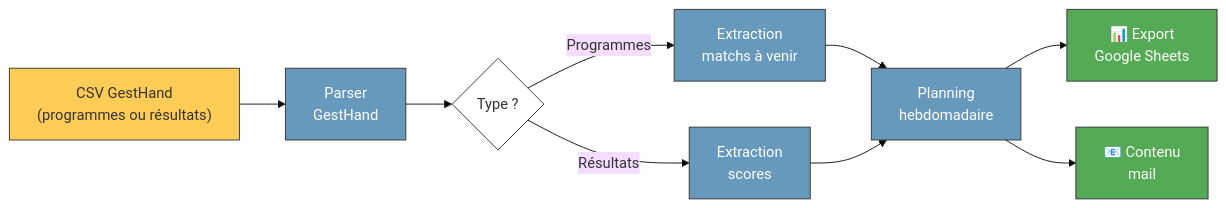
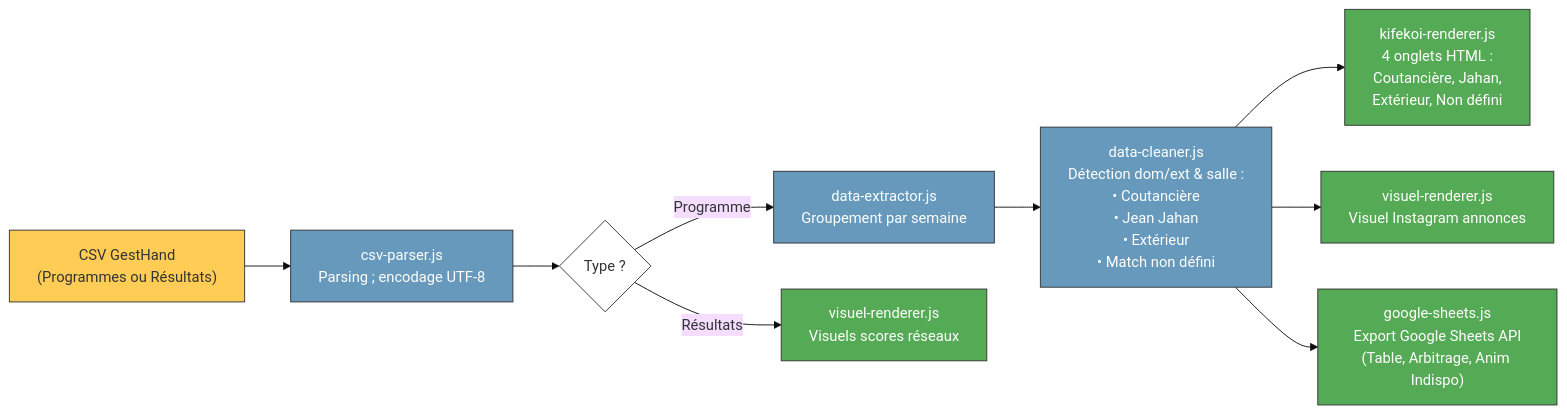
The third of 3 diagrams in docs/architecture.md (padewitte/super-chapelaine), drawn with Mermaid (base theme) before and after one commit. The commit also changed other lines of this file and 4 other files, not shown here.

First line of the commit message:
docs(architecture): correction de l'arborescence, alignement makefile et session

````diff
--- a/docs/architecture.md
+++ b/docs/architecture.md
@@ -73,25 +75,26 @@
 ```mermaid
 flowchart LR
-    CSV_GH["CSV GestHand<br/>(programmes ou résultats)"]
+    CSV_GH["CSV GestHand<br/>(Programmes ou Résultats)"]
 
-    CSV_GH --> PARSER["Parser<br/>GestHand"]
+    CSV_GH --> PARSER["csv-parser.js<br/>Parsing ; encodage UTF-8"]
     PARSER --> TYPE{Type ?}
 
-    TYPE -->|Programmes| PROG["Extraction<br/>matchs à venir"]
-    TYPE -->|Résultats| RES["Extraction<br/>scores"]
+    TYPE -->|Programme| EXTRACT["data-extractor.js<br/>Groupement par semaine"]
+    TYPE -->|Résultats| VIS_RES["visuel-renderer.js<br/>Visuels scores réseaux"]
 
-    PROG --> PLAN["Planning<br/>hebdomadaire"]
-    RES --> PLAN
+    EXTRACT --> CLEAN["data-cleaner.js<br/>Détection dom/ext & salle :<br/>• Coutancière<br/>• Jean Jahan<br/>• Extérieur<br/>• Match non défini"]
 
-    PLAN --> GSHEET["📊 Export<br/>Google Sheets"]
-    PLAN --> MAIL["📧 Contenu<br/>mail"]
+    CLEAN --> KIFEKOI["kifekoi-renderer.js<br/>4 onglets HTML :<br/>Coutancière, Jahan,<br/>Extérieur, Non défini"]
+    CLEAN --> VIS_ANN["visuel-renderer.js<br/>Visuel Instagram annonces"]
+    CLEAN --> GSHEET["google-sheets.js<br/>Export Google Sheets API<br/>(Table, Arbitrage, Anim Indispo)"]
 
     style CSV_GH fill:#fc5,stroke:#333,color:#333
     style PARSER fill:#69b,stroke:#333,color:#fff
     style TYPE fill:#fff,stroke:#333,color:#333
-    style PROG fill:#69b,stroke:#333,color:#fff
-    style RES fill:#69b,stroke:#333,color:#fff
-    style PLAN fill:#69b,stroke:#333,color:#fff
+    style EXTRACT fill:#69b,stroke:#333,color:#fff
+    style CLEAN fill:#69b,stroke:#333,color:#fff
+    style KIFEKOI fill:#5a5,stroke:#333,color:#fff
+    style VIS_ANN fill:#5a5,stroke:#333,color:#fff
+    style VIS_RES fill:#5a5,stroke:#333,color:#fff
     style GSHEET fill:#5a5,stroke:#333,color:#fff
-    style MAIL fill:#5a5,stroke:#333,color:#fff
 ```
````
